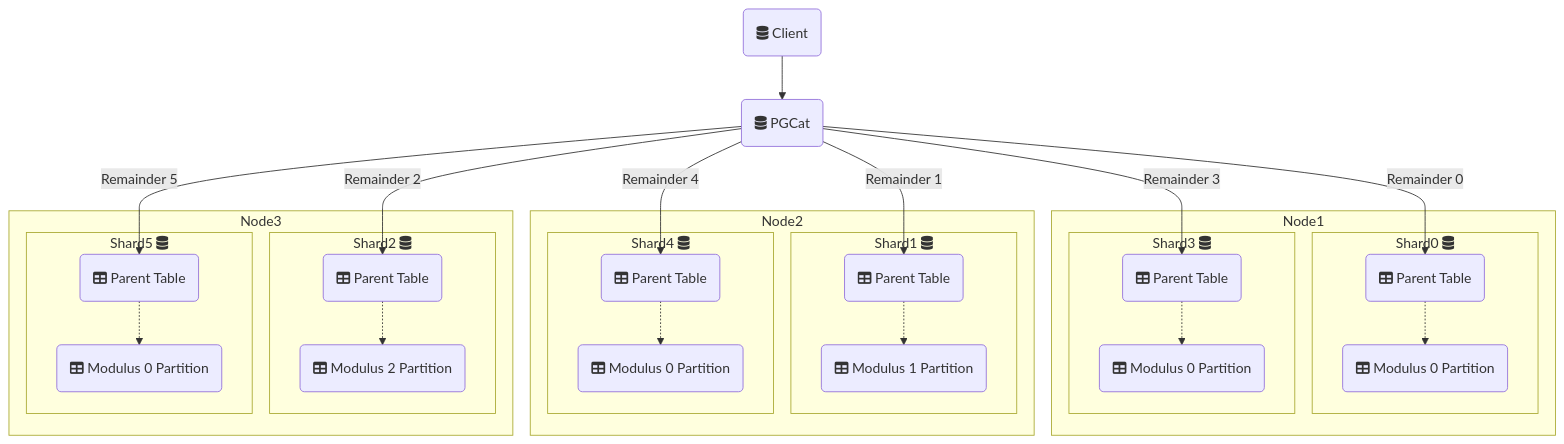
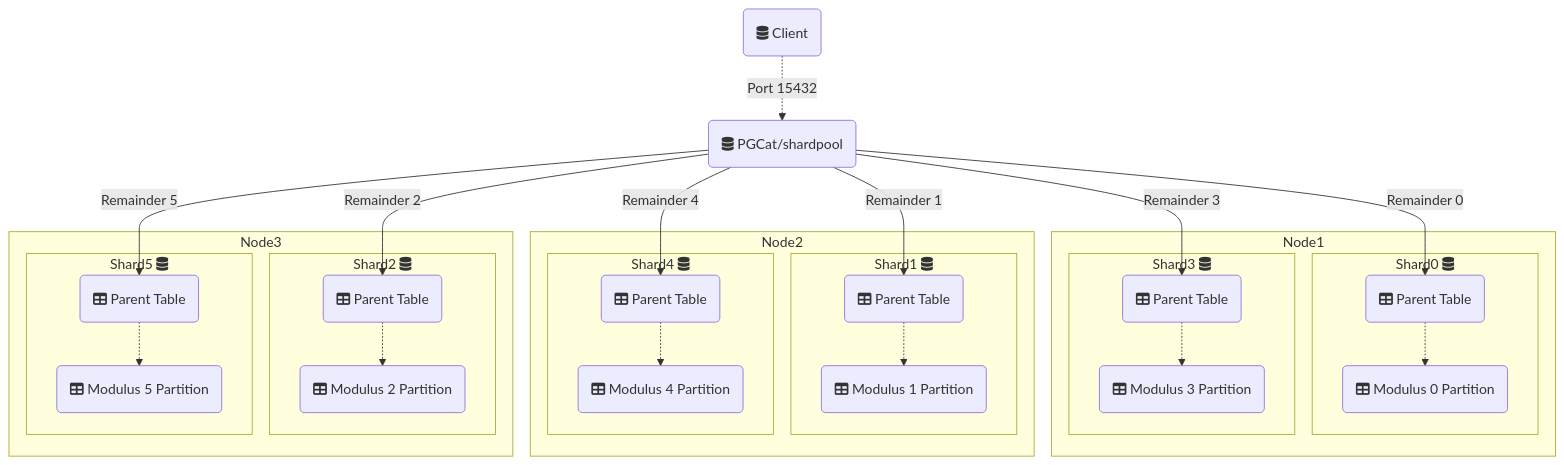
The diagram in content/posts/2025-01/pgcat.md (3manuek/3manuek), drawn with Mermaid before and after one commit. The commit also changed other lines of this file, not shown here.

Commit message:
fixes pgcat post

```diff
--- a/content/posts/2025-01/pgcat.md
+++ b/content/posts/2025-01/pgcat.md
@@ -46,34 +46,35 @@
 {{< mermaid >}}
 flowchart TD
-    CLIENT(fa:fa-database Client) --> POOL(fa:fa-database PGCat)    
+    POOL(fa:fa-database PGCat/shardpool) 
+    CLIENT(fa:fa-database Client) -. Port 15432 .-> POOL 
     POOL -->|Remainder 0| TABLEP0(fa:fa-table Parent Table)
     POOL -->|Remainder 1| TABLEP1(fa:fa-table Parent Table)
     POOL -->|Remainder 2| TABLEP2(fa:fa-table Parent Table)
     POOL -->|Remainder 3| TABLEP3(fa:fa-table Parent Table)
     POOL -->|Remainder 4| TABLEP4(fa:fa-table Parent Table)
     POOL -->|Remainder 5| TABLEP5(fa:fa-table Parent Table)
     subgraph Node1
         subgraph Shard0 fa:fa-database
         TABLEP0 -.-> PART0(fa:fa-table Modulus 0 Partition)
         end
         subgraph Shard3 fa:fa-database
-        TABLEP3 -.-> PART3(fa:fa-table Modulus 0 Partition)
+        TABLEP3 -.-> PART3(fa:fa-table Modulus 3 Partition)
         end
     end
     subgraph Node2
         subgraph Shard1 fa:fa-database
         TABLEP1 -.-> PART1(fa:fa-table Modulus 1 Partition)
         end
         subgraph Shard4 fa:fa-database
-        TABLEP4 -.-> PART4(fa:fa-table Modulus 0 Partition)
+        TABLEP4 -.-> PART4(fa:fa-table Modulus 4 Partition)
         end
     end
     subgraph Node3
         subgraph Shard2 fa:fa-database
         TABLEP2 -.-> PART2(fa:fa-table Modulus 2 Partition)
         end
         subgraph Shard5 fa:fa-database
-        TABLEP5 -.-> PART5(fa:fa-table Modulus 0 Partition)
+        TABLEP5 -.-> PART5(fa:fa-table Modulus 5 Partition)
         end
     end
 {{< /mermaid >}}
```
